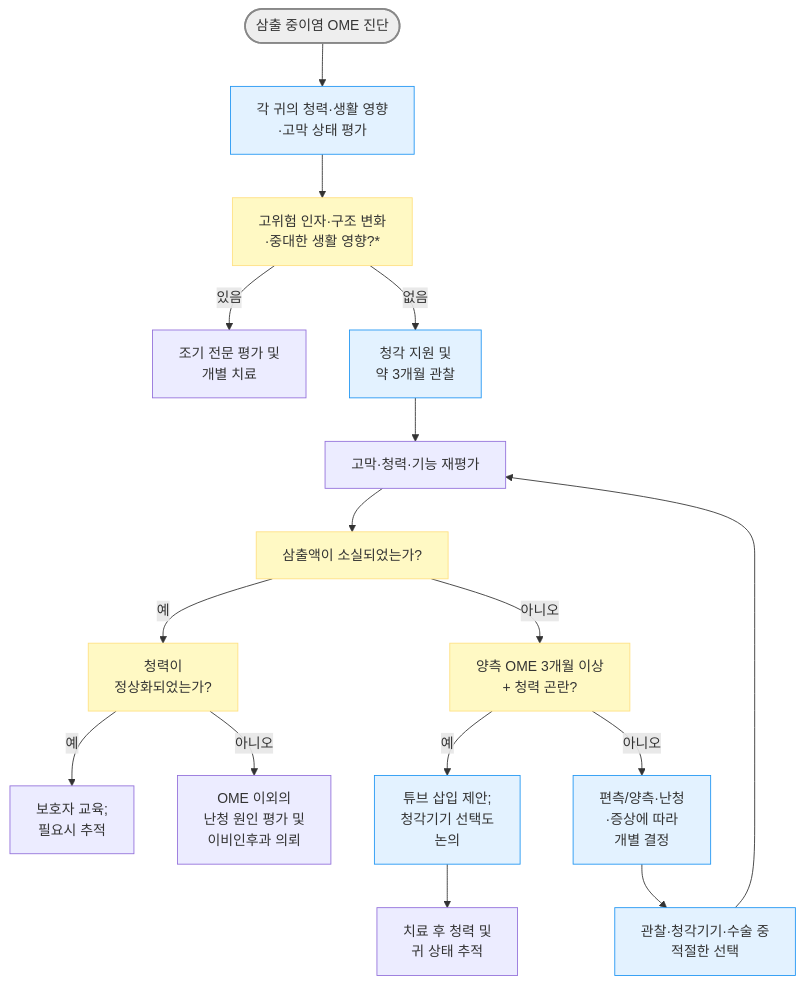
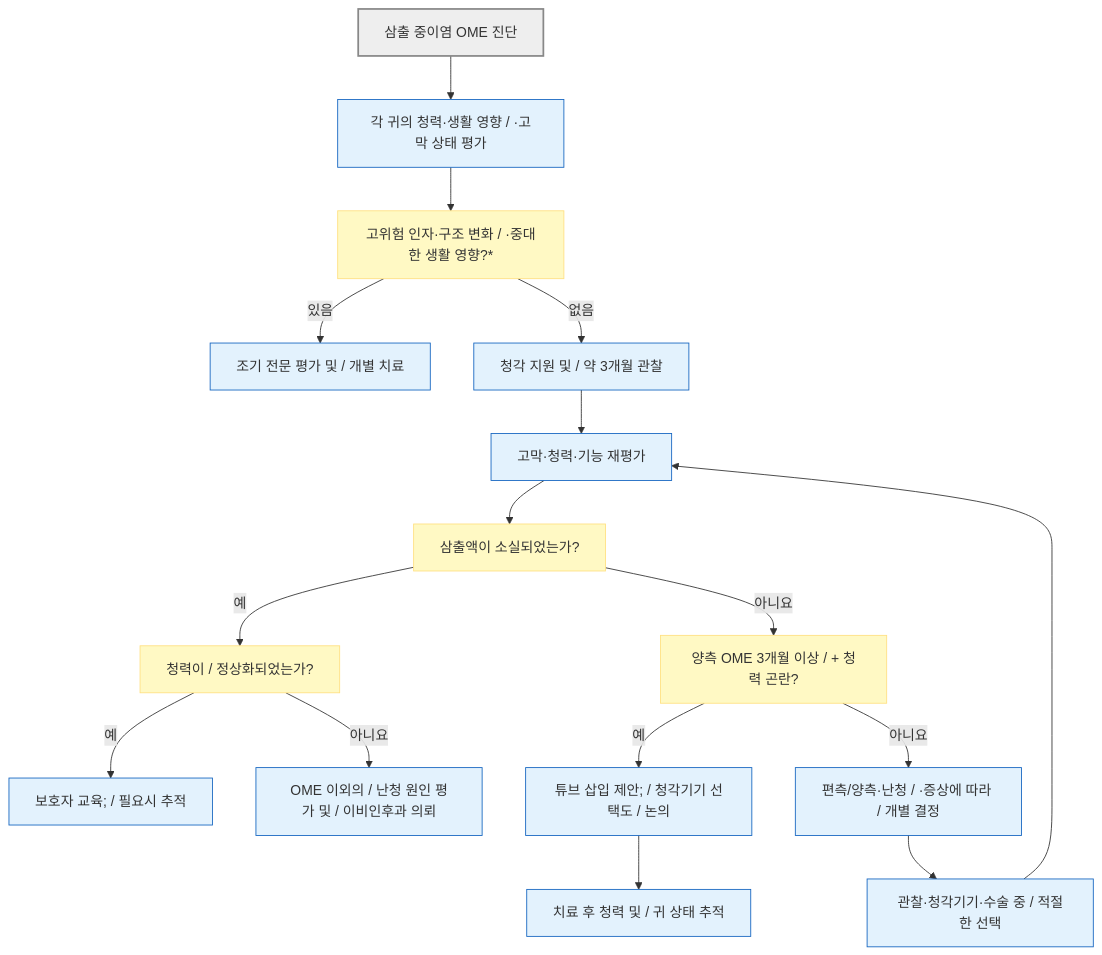
The diagram in 222_/048_-otitis-media.md (familyoh77/familyoh77), drawn with Mermaid before and after one commit. The commit also changed other lines of this file and 13 other files, not shown here.

````diff
--- a/222_/048_-otitis-media.md
+++ b/222_/048_-otitis-media.md
@@ -189,23 +190,25 @@
 ```mermaid
-graph TD
-    Start(["삼출 중이염 OME 진단"]) --> Eval["각 귀의 청력·생활 영향<br/>·고막 상태 평가"]
-    Eval --> Risk["고위험 인자·구조 변화<br/>·중대한 생활 영향?*"]
-    Risk -- 있음 --> Early["조기 전문 평가 및 <br/>개별 치료"]
-    Risk -- 없음 --> Observe["청각 지원 및 <br/>약 3개월 관찰"]
+flowchart TD
+    Start["삼출 중이염 OME 진단"] --> Eval["각 귀의 청력·생활 영향 / ·고막 상태 평가"]
+    Eval --> Risk["고위험 인자·구조 변화 / ·중대한 생활 영향?*"]
+    Risk -- "있음" --> Early["조기 전문 평가 및 / 개별 치료"]
+    Risk -- "없음" --> Observe["청각 지원 및 / 약 3개월 관찰"]
     Observe --> Review["고막·청력·기능 재평가"]
     Review --> Gone["삼출액이 소실되었는가?"]
-    Gone -- 예 --> Hearing["청력이 <br/>정상화되었는가?"]
-    Hearing -- 예 --> End["보호자 교육; <br/>필요시 추적"]
-    Hearing -- 아니오 --> Other["OME 이외의 <br/>난청 원인 평가 및 <br/>이비인후과 의뢰"]
-    Gone -- 아니오 --> Bilateral["양측 OME 3개월 이상 <br/>+ 청력 곤란?"]
-    Bilateral -- 예 --> Offer["튜브 삽입 제안; <br/>청각기기 선택도 <br/>논의"]
-    Bilateral -- 아니오 --> Tailor["편측/양측·난청<br/>·증상에 따라 <br/>개별 결정"]
-    Offer --> Follow["치료 후 청력 및 <br/>귀 상태 추적"]
-    Tailor --> Plan["관찰·청각기기·수술 중 <br/>적절한 선택"]
+    Gone -- "예" --> Hearing["청력이 / 정상화되었는가?"]
+    Hearing -- "예" --> End["보호자 교육; / 필요시 추적"]
+    Hearing -- "아니요" --> Other["OME 이외의 / 난청 원인 평가 및 / 이비인후과 의뢰"]
+    Gone -- "아니요" --> Bilateral["양측 OME 3개월 이상 / + 청력 곤란?"]
+    Bilateral -- "예" --> Offer["튜브 삽입 제안; / 청각기기 선택도 / 논의"]
+    Bilateral -- "아니요" --> Tailor["편측/양측·난청 / ·증상에 따라 / 개별 결정"]
+    Offer --> Follow["치료 후 청력 및 / 귀 상태 추적"]
+    Tailor --> Plan["관찰·청각기기·수술 중 / 적절한 선택"]
     Plan --> Review
-    style Start fill:#eeeeee,stroke:#888888,stroke-width:2px
-    classDef sky fill:#e3f2ff,stroke:#2196f3
-    class Eval,Observe,Offer,Tailor,Plan sky
-    classDef q fill:#fff9c4,stroke:#ffe082
-    class Risk,Gone,Hearing,Bilateral q
+    classDef start fill:#eee,stroke:#888,stroke-width:2px
+    classDef decision fill:#fff9c4,stroke:#ffe082
+    classDef urgent fill:#ffebee,stroke:#c62828,stroke-width:2px
+    classDef action fill:#e3f2fd,stroke:#1565c0
+    class Start start
+    class Risk,Gone,Hearing,Bilateral decision
+    class Eval,Early,Observe,Review,End,Other,Offer,Tailor,Follow,Plan action
 ```
````
